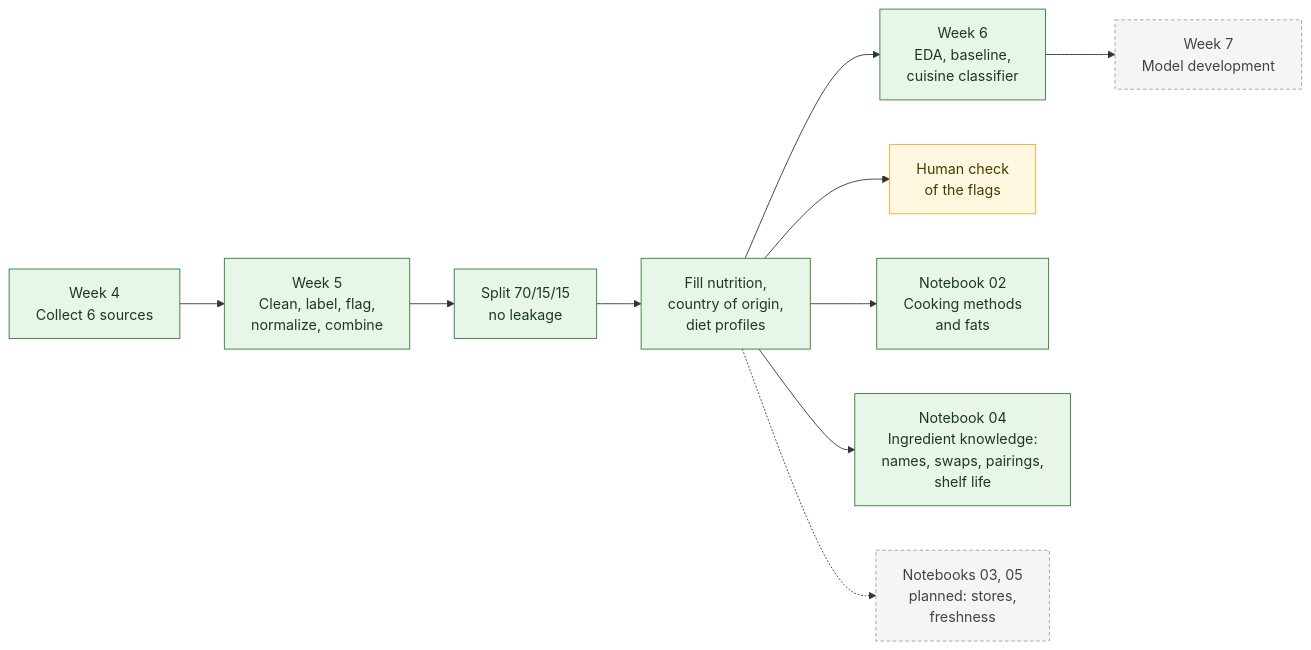
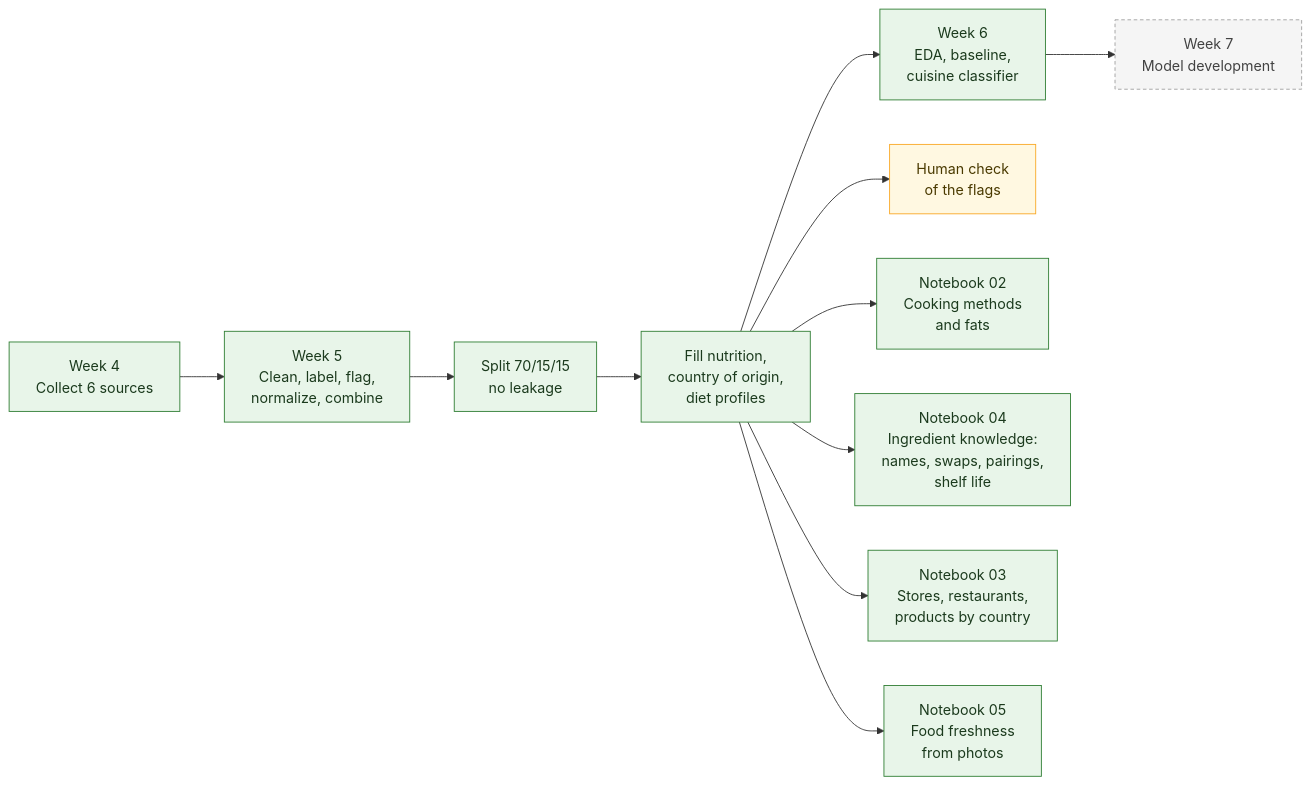
One commit to Chloe-Tu2/The-EverFlavor-AI changed the second of 3 diagrams in README.md. Above: the diagram before and after it, drawn with Mermaid. The commit also changed other lines of this file and 12 other files, not shown here.

````diff
--- a/README.md
+++ b/README.md
@@ -167,19 +167,20 @@
 ```mermaid
 flowchart LR
     A[Week 4<br/>Collect 6 sources] --> B[Week 5<br/>Clean, label, flag,<br/>normalize, combine]
     B --> C[Split 70/15/15<br/>no leakage]
     C --> G[Fill nutrition,<br/>country of origin,<br/>diet profiles]
     G --> D[Week 6<br/>EDA, baseline,<br/>cuisine classifier]
     D --> E[Week 7<br/>Model development]
     G --> H[Human check<br/>of the flags]
     G --> F[Notebook 02<br/>Cooking methods<br/>and fats]
     G --> K[Notebook 04<br/>Ingredient knowledge:<br/>names, swaps, pairings,<br/>shelf life]
-    G -.-> P[Notebooks 03, 05<br/>planned: stores,<br/>freshness]
+    G --> S[Notebook 03<br/>Stores, restaurants,<br/>products by country]
+    G --> V[Notebook 05<br/>Food freshness<br/>from photos]
 
     classDef done fill:#E8F5E9,stroke:#2E7D32,color:#1B3A1D
     classDef people fill:#FFF8E1,stroke:#F9A825,color:#4A3A00
     classDef next fill:#F5F5F5,stroke:#9E9E9E,color:#424242,stroke-dasharray:4 3
-    class A,B,C,G,D,F,K done
+    class A,B,C,G,D,F,K,S,V done
     class H people
-    class E,P next
+    class E next
 ```
````
